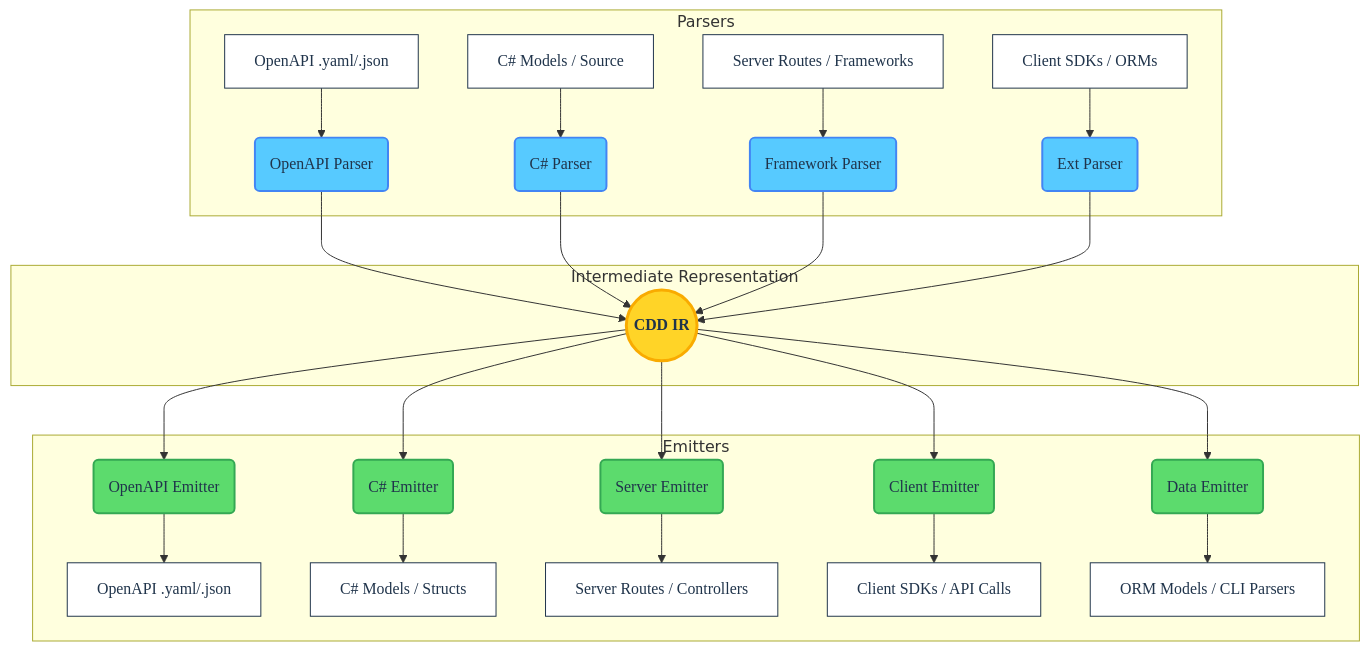
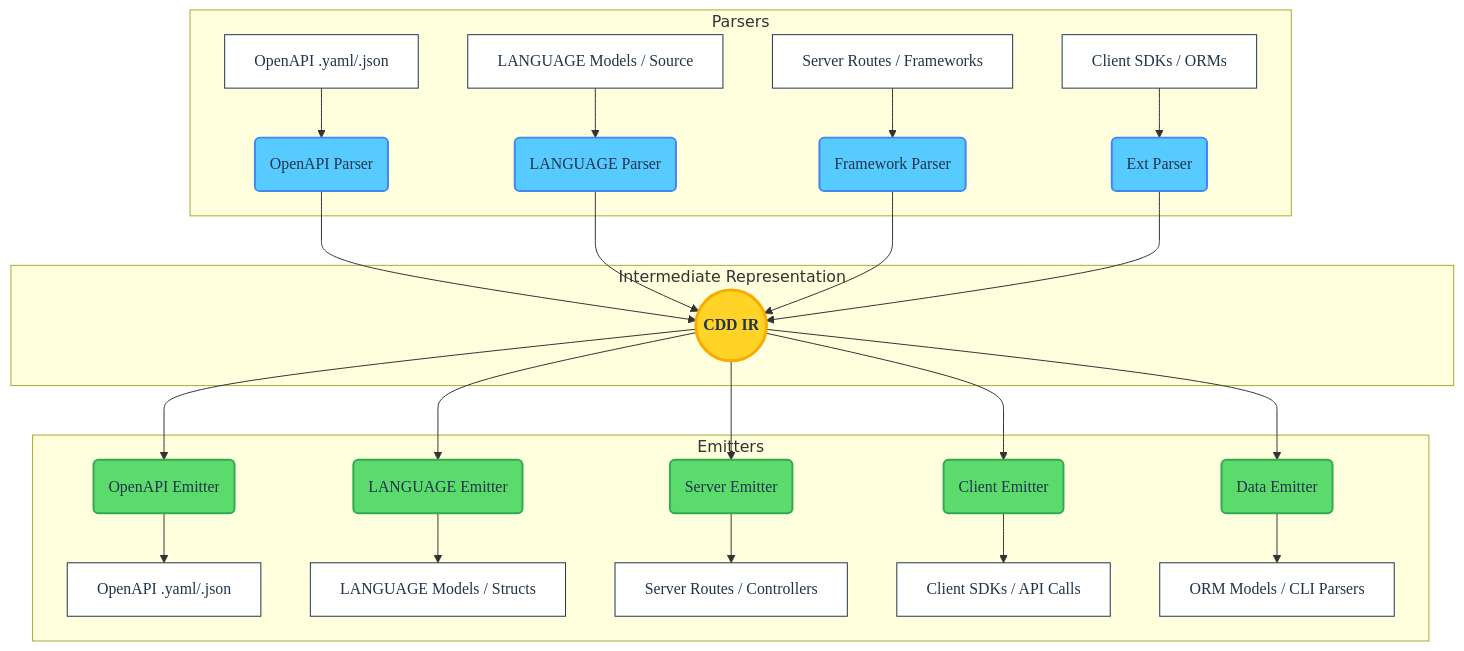
Before and after one commit to SamuelMarks/cdd-csharp: the diagram in ARCHITECTURE.md, drawn with Mermaid. The commit also changed other lines of this file and 43 other files, not shown here.

````diff
--- a/ARCHITECTURE.md
+++ b/ARCHITECTURE.md
@@ -15,38 +17,38 @@
 ```mermaid
 graph TD
     %% Styling Definitions
     classDef frontend fill:#57caff,stroke:#4285f4,stroke-width:2px,color:#20344b,font-family:Roboto Mono
     classDef core fill:#ffd427,stroke:#f9ab00,stroke-width:3px,color:#20344b,font-family:Google Sans,font-weight:bold
     classDef backend fill:#5cdb6d,stroke:#34a853,stroke-width:2px,color:#20344b,font-family:Roboto Mono
     classDef endpoint fill:#ffffff,stroke:#20344b,stroke-width:1px,color:#20344b,font-family:Google Sans
 
     subgraph Frontend [Parsers]
         A[OpenAPI .yaml/.json]:::endpoint --> P1(OpenAPI Parser):::frontend
-        B[C# Models / Source]:::endpoint --> P2(C# Parser):::frontend
+        B[LANGUAGE Models / Source]:::endpoint --> P2(LANGUAGE Parser):::frontend
         C[Server Routes / Frameworks]:::endpoint --> P3(Framework Parser):::frontend
         D[Client SDKs / ORMs]:::endpoint --> P4(Ext Parser):::frontend
     end
 
     subgraph Core [Intermediate Representation]
         IR((CDD IR)):::core
     end
 
     subgraph Backend [Emitters]
         E1(OpenAPI Emitter):::backend --> X[OpenAPI .yaml/.json]:::endpoint
-        E2(C# Emitter):::backend --> Y[C# Models / Structs]:::endpoint
+        E2(LANGUAGE Emitter):::backend --> Y[LANGUAGE Models / Structs]:::endpoint
         E3(Server Emitter):::backend --> Z[Server Routes / Controllers]:::endpoint
         E4(Client Emitter):::backend --> W[Client SDKs / API Calls]:::endpoint
         E5(Data Emitter):::backend --> V[ORM Models / CLI Parsers]:::endpoint
     end
 
     P1 --> IR
     P2 --> IR
     P3 --> IR
     P4 --> IR
 
     IR --> E1
     IR --> E2
     IR --> E3
     IR --> E4
     IR --> E5
 ```
````
